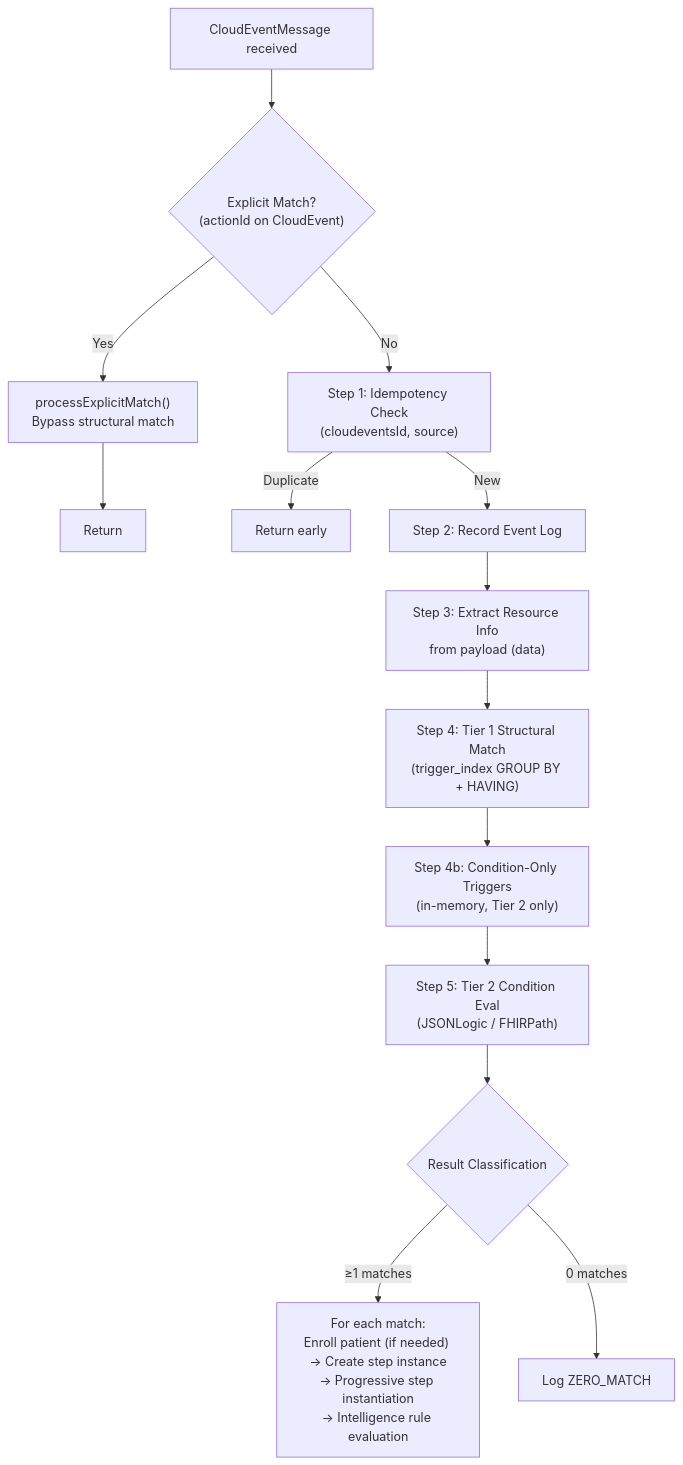
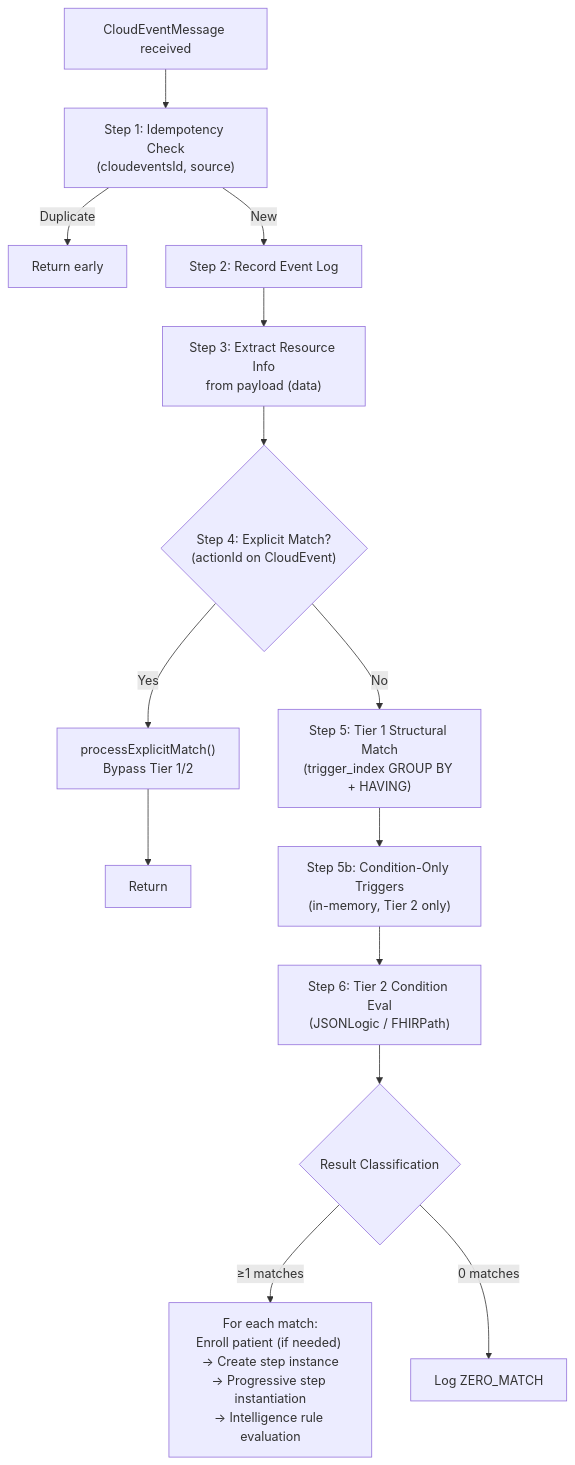
Before and after one commit to Jayaprakash8887/cce-compliance-service: the second of 3 diagrams in docs/architecture-overview.md, drawn with Mermaid.

Commit message:
Feat #CCE-64: Service Design Documents
architecture update for matching conditions update

````diff
--- a/docs/architecture-overview.md
+++ b/docs/architecture-overview.md
@@ -99,24 +99,25 @@
 ```mermaid
 flowchart TD
-    START["CloudEventMessage received"] --> EXPL
-
-    EXPL{"Explicit Match?<br/>(actionId on CloudEvent)"}
-    EXPL -->|"Yes"| EXPLM["processExplicitMatch()<br/>Bypass structural match"]
-    EXPL -->|"No"| S1
-    EXPLM --> DONE["Return"]
+    START["CloudEventMessage received"] --> S1
 
     S1["Step 1: Idempotency Check<br/>(cloudeventsId, source)"]
     S1 -->|"Duplicate"| DUP["Return early"]
     S1 -->|"New"| S2
 
     S2["Step 2: Record Event Log"] --> S3
-    S3["Step 3: Extract Resource Info<br/>from payload (data)"] --> S4
-    S4["Step 4: Tier 1 Structural Match<br/>(trigger_index GROUP BY + HAVING)"]
-    S4 --> S4b
-    S4b["Step 4b: Condition-Only Triggers<br/>(in-memory, Tier 2 only)"] --> S5
-    S5["Step 5: Tier 2 Condition Eval<br/>(JSONLogic / FHIRPath)"] --> S6
+    S3["Step 3: Extract Resource Info<br/>from payload (data)"] --> EXPL
 
-    S6{"Result Classification"}
-    S6 -->|"≥1 matches"| MATCH["For each match:<br/>Enroll patient (if needed) → Create step instance<br/>→ Progressive step instantiation<br/>→ Intelligence rule evaluation"]
-    S6 -->|"0 matches"| ZERO["Log ZERO_MATCH"]
+    EXPL{"Step 4: Explicit Match?<br/>(actionId on CloudEvent)"}
+    EXPL -->|"Yes"| EXPLM["processExplicitMatch()<br/>Bypass Tier 1/2"]
+    EXPL -->|"No"| S5
+    EXPLM --> DONE["Return"]
+
+    S5["Step 5: Tier 1 Structural Match<br/>(trigger_index GROUP BY + HAVING)"]
+    S5 --> S5b
+    S5b["Step 5b: Condition-Only Triggers<br/>(in-memory, Tier 2 only)"] --> S6
+    S6["Step 6: Tier 2 Condition Eval<br/>(JSONLogic / FHIRPath)"] --> S7
+
+    S7{"Result Classification"}
+    S7 -->|"≥1 matches"| MATCH["For each match:<br/>Enroll patient (if needed) → Create step instance<br/>→ Progressive step instantiation<br/>→ Intelligence rule evaluation"]
+    S7 -->|"0 matches"| ZERO["Log ZERO_MATCH"]
 ```
````
